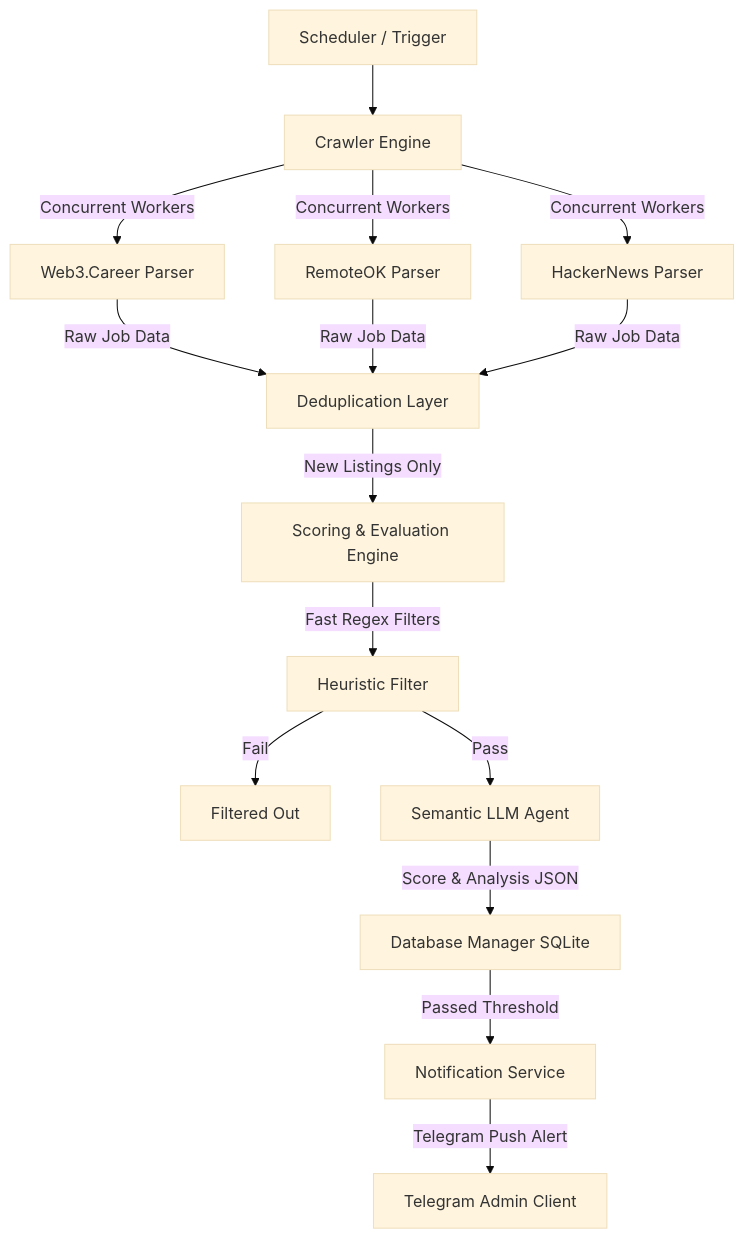
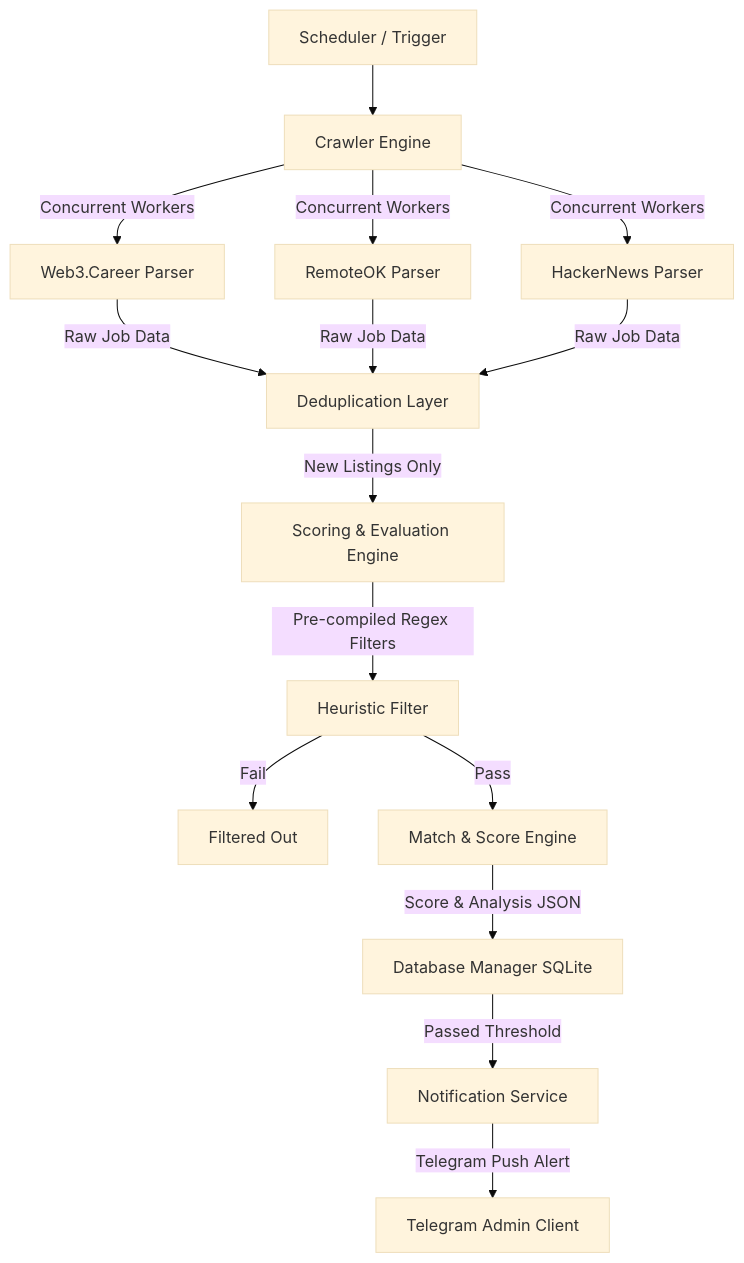
The diagram in README.md (klmtzz/job-hunter-bot), drawn with Mermaid (base theme) before and after one commit. The commit also changed other lines of this file, not shown here.

Commit message:
docs: remove AI/LLM buzzwords, focus on clean python backend and async architecture

````diff
--- a/README.md
+++ b/README.md
@@ -19,18 +19,18 @@
 ```mermaid
 graph TD
     A[Scheduler / Trigger] --> B[Crawler Engine]
     B -->|Concurrent Workers| C1[Web3.Career Parser]
     B -->|Concurrent Workers| C2[RemoteOK Parser]
     B -->|Concurrent Workers| C3[HackerNews Parser]
     
     C1 & C2 & C3 -->|Raw Job Data| D[Deduplication Layer]
     D -->|New Listings Only| E[Scoring & Evaluation Engine]
     
-    E -->|Fast Regex Filters| F[Heuristic Filter]
+    E -->|Pre-compiled Regex Filters| F[Heuristic Filter]
     F -->|Fail| G[Filtered Out]
-    F -->|Pass| H[Semantic LLM Agent]
+    F -->|Pass| H[Match & Score Engine]
     
     H -->|Score & Analysis JSON| I[Database Manager SQLite]
     I -->|Passed Threshold| J[Notification Service]
     J -->|Telegram Push Alert| K[Telegram Admin Client]
 ```
````
